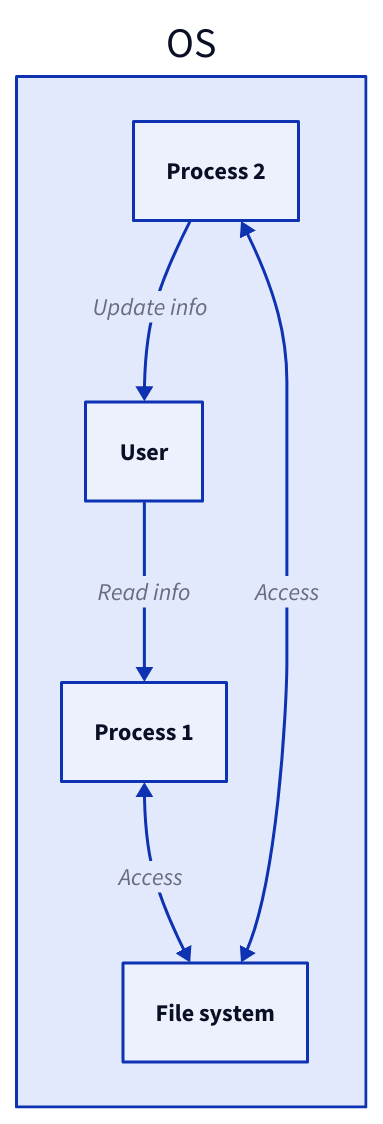
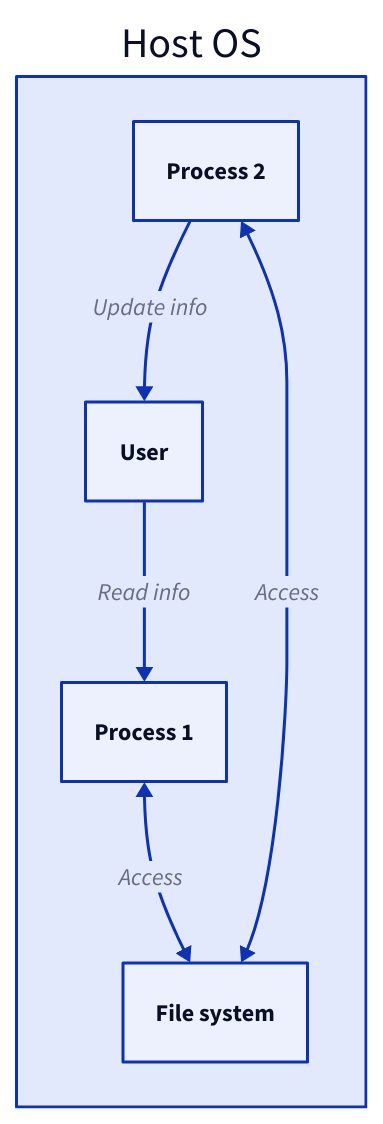
Before and after one commit to link1905/system-design-101: the second of 25 diagrams in content/docs/system-administration/system-deployment/containerization.md, drawn with D2. The commit also changed other lines of this file and 9 other files, not shown here.

````diff
--- a/content/docs/system-administration/system-deployment/containerization.md
+++ b/content/docs/system-administration/system-deployment/containerization.md
@@ -51,20 +54,20 @@
 ```d2
-m: OS {
+m: Host OS {
   f: File system {
     class: resource
   }
   u1: User {
     class: user
   }
   p1: Process 1 {
     class: process
   }
   p2: Process 2 {
     class: process
   }
   p1 <-> f: Access
   p2 <-> f: Access
   p1 <- u1: Read info
   p2 -> u1: Update info
 }
 ```
````
